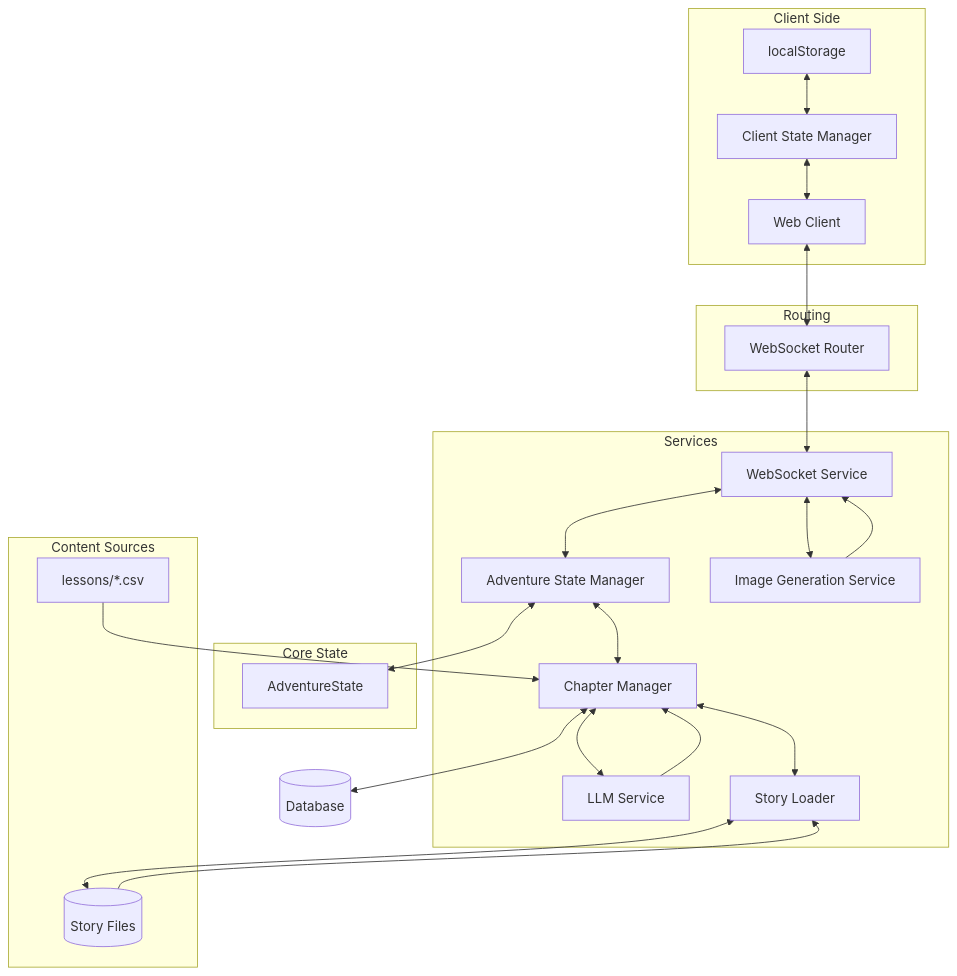
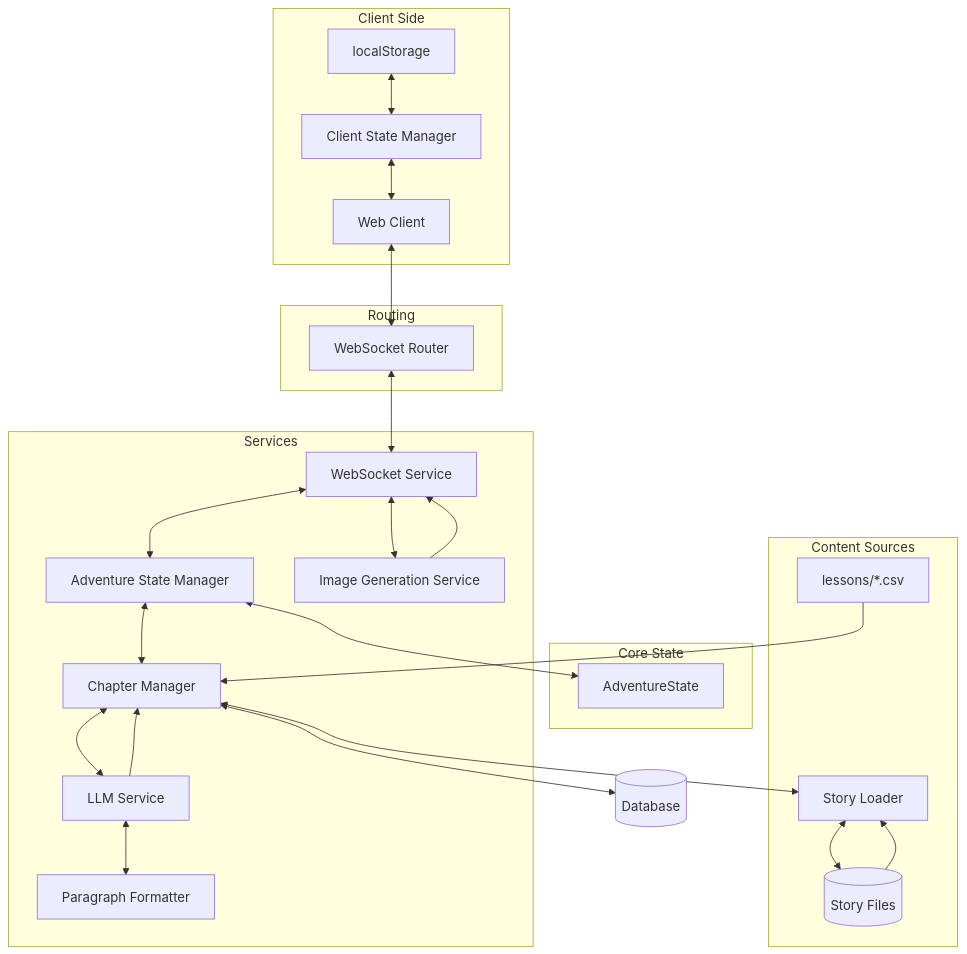
Before and after one commit to DesmondChoy/adventures: the diagram in README.md, drawn with Mermaid. The commit also changed other lines of this file, not shown here.

````diff
--- a/README.md
+++ b/README.md
@@ -28,42 +31,43 @@
 ```mermaid
 graph TD
     Client[Web Client] <--> WSR[WebSocket Router]
     WSR <--> WSS[WebSocket Service]
     WSS <--> ASM[Adventure State Manager]
     ASM <--> AS[AdventureState]
     ASM <--> CM[Chapter Manager]
     CM <--> LLM[LLM Service]
     CM <--> DB[(Database)]
     WSS <--> IMG[Image Generation Service]
     CM <--> SL[Story Loader]
     SL <--> SF[(Story Files)]
+    LLM <--> PF[Paragraph Formatter]
 
     subgraph Client Side
         LP[localStorage] <--> CSM[Client State Manager]
         CSM <--> Client
     end
 
     subgraph Core State
         AS
     end
 
     subgraph Services
         WSS
         ASM
         CM
         LLM
         IMG
-        SL
+        PF
     end
 
     subgraph Routing
         WSR
     end
 
     subgraph Content Sources
         CSV[lessons/*.csv] --> CM
         LLM --> CM
         IMG --> WSS
         SF --> SL
     end
 ```
````
